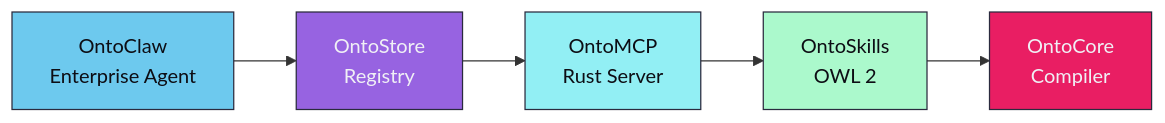
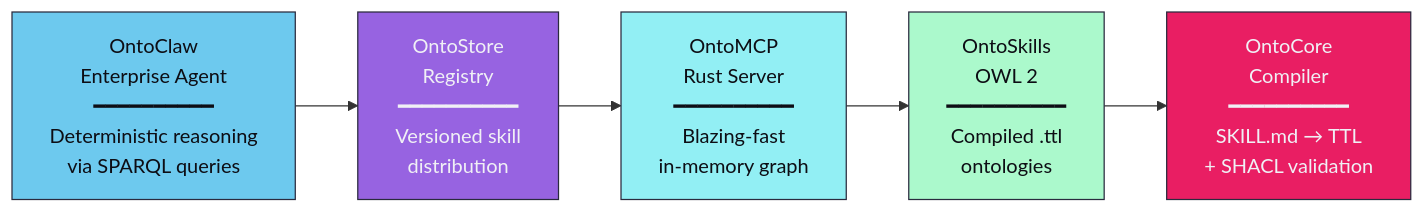
Before and after one commit to mareasoftware/ontoclaw: the first of 5 diagrams in PHILOSOPHY.md, drawn with Mermaid. The commit also changed other lines of this file and 1 other file, not shown here.

First line of the commit message:
docs: add detailed explanations to mermaid diagrams

````diff
--- a/PHILOSOPHY.md
+++ b/PHILOSOPHY.md
@@ -7,10 +7,13 @@
 ```mermaid
 flowchart LR
-    A["OntoClaw<br/>Enterprise Agent"] --> B["OntoStore<br/>Registry"] --> C["OntoMCP<br/>Rust Server"] --> D["OntoSkills<br/>OWL 2"] --> E["OntoCore<br/>Compiler"]
+    A["OntoClaw<br/>Enterprise Agent<br/>━━━━━━━━━━<br/>Deterministic reasoning<br/>via SPARQL queries"] --> B["OntoStore<br/>Registry<br/>━━━━━━━━━━<br/>Versioned skill<br/>distribution"]
+    B --> C["OntoMCP<br/>Rust Server<br/>━━━━━━━━━━<br/>Blazing-fast<br/>in-memory graph"]
+    C --> D["OntoSkills<br/>OWL 2<br/>━━━━━━━━━━<br/>Compiled .ttl<br/>ontologies"]
+    D --> E["OntoCore<br/>Compiler<br/>━━━━━━━━━━<br/>SKILL.md → TTL<br/>+ SHACL validation"]
 
     style A fill:#6dc9ee,stroke:#2a2a3e,color:#0d0d14
     style B fill:#9763e1,stroke:#2a2a3e,color:#f0f0f5
     style C fill:#92eff4,stroke:#2a2a3e,color:#0d0d14
     style D fill:#abf9cc,stroke:#2a2a3e,color:#0d0d14
     style E fill:#e91e63,stroke:#2a2a3e,color:#f0f0f5
 ```
````
